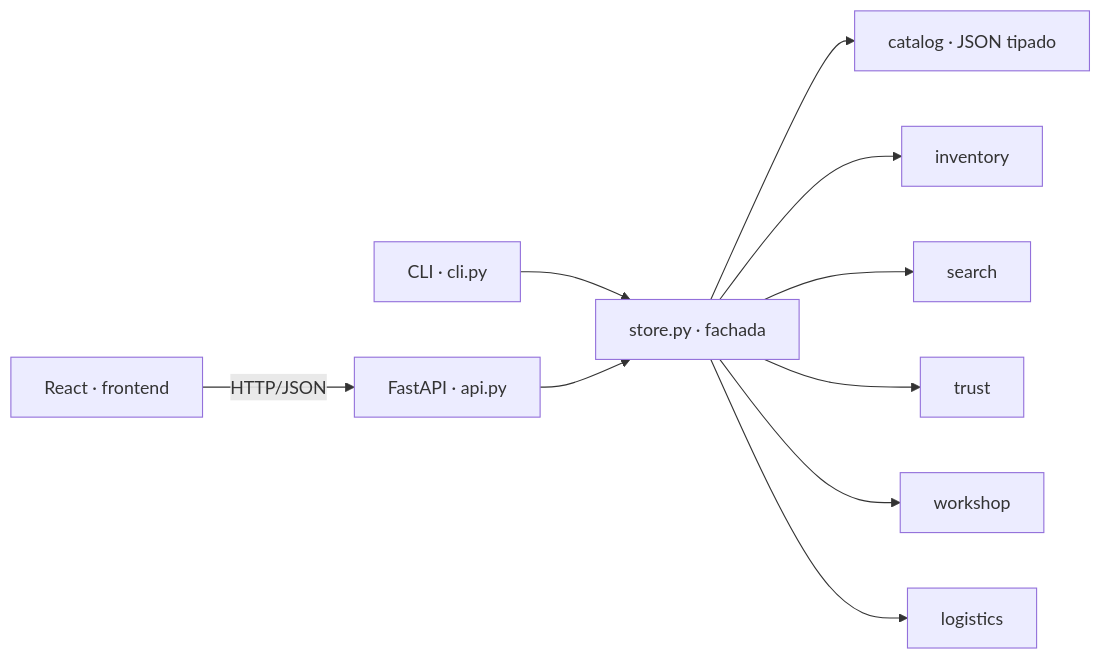
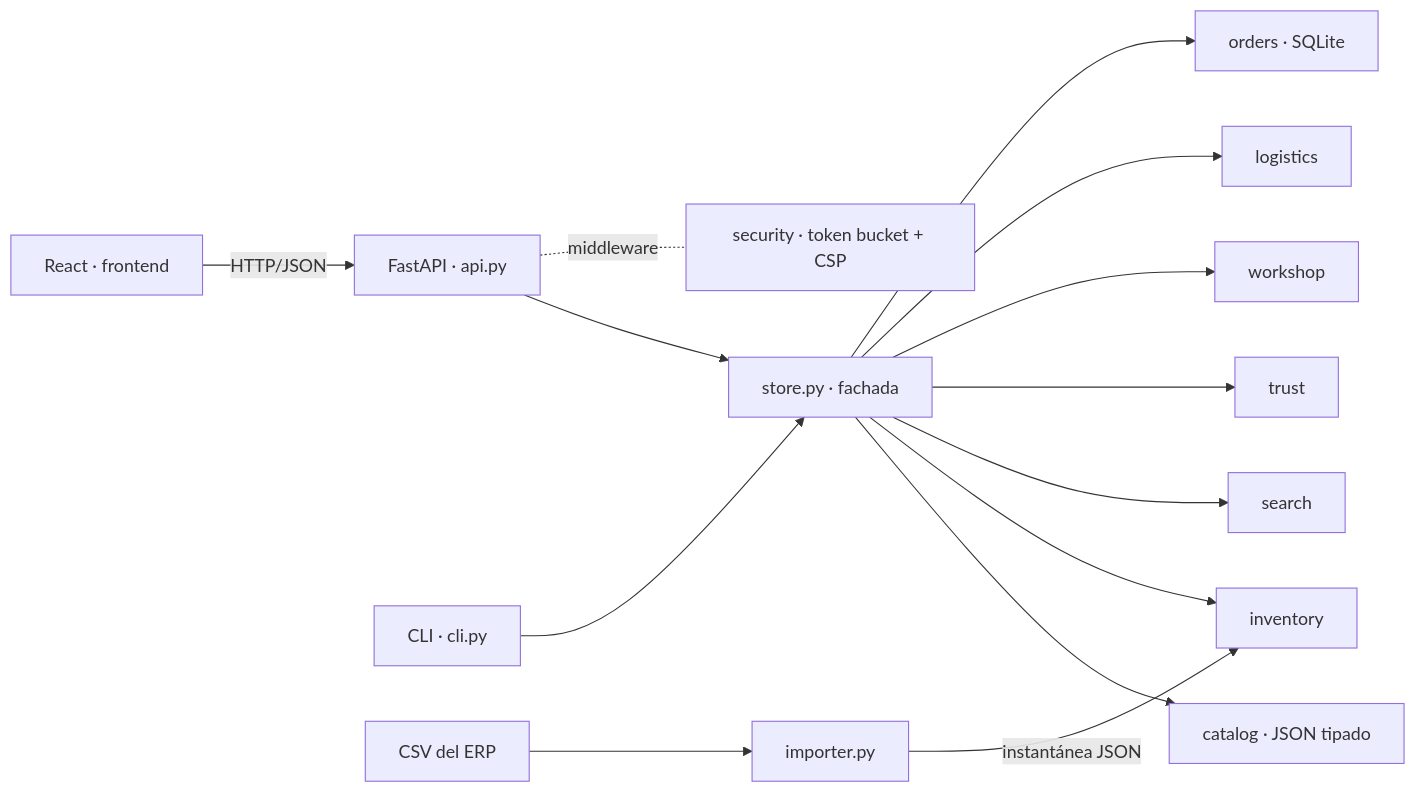
Before and after one commit to economiacircular310-cell/tienda-repuestos-roca-auto: the diagram in docs/ARQUITECTURA.md, drawn with Mermaid. The commit also changed other lines of this file and 30 other files, not shown here.

````diff
--- a/docs/ARQUITECTURA.md
+++ b/docs/ARQUITECTURA.md
@@ -9,12 +9,15 @@
 ```mermaid
 flowchart LR
   UI[React · frontend] -- HTTP/JSON --> API[FastAPI · api.py]
   CLI[CLI · cli.py] --> Store
   API --> Store[store.py · fachada]
   Store --> Catalog[catalog · JSON tipado]
   Store --> Inventory[inventory]
   Store --> Search[search]
   Store --> Trust[trust]
   Store --> Workshop[workshop]
   Store --> Logistics[logistics]
+  Store --> Orders[orders · SQLite]
+  CSV[CSV del ERP] --> Importer[importer.py] -- instantánea JSON --> Inventory
+  API -. middleware .- Security[security · token bucket + CSP]
 ```
````
